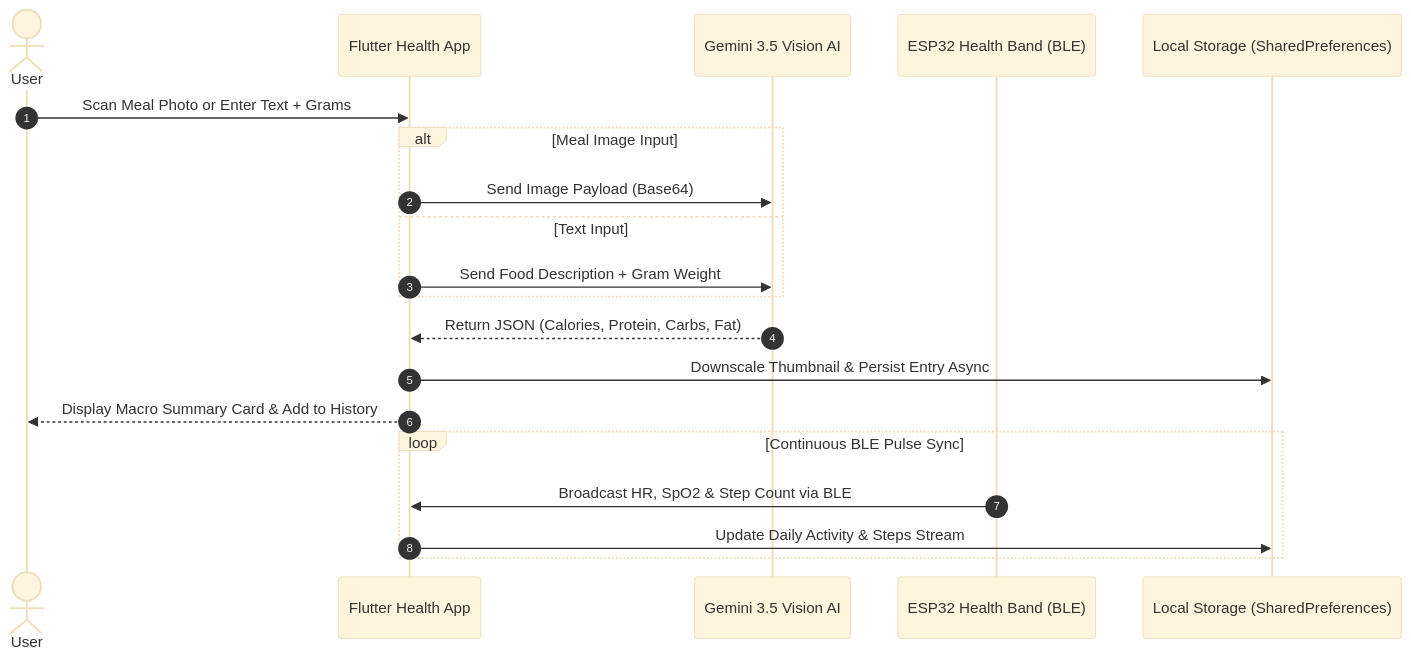
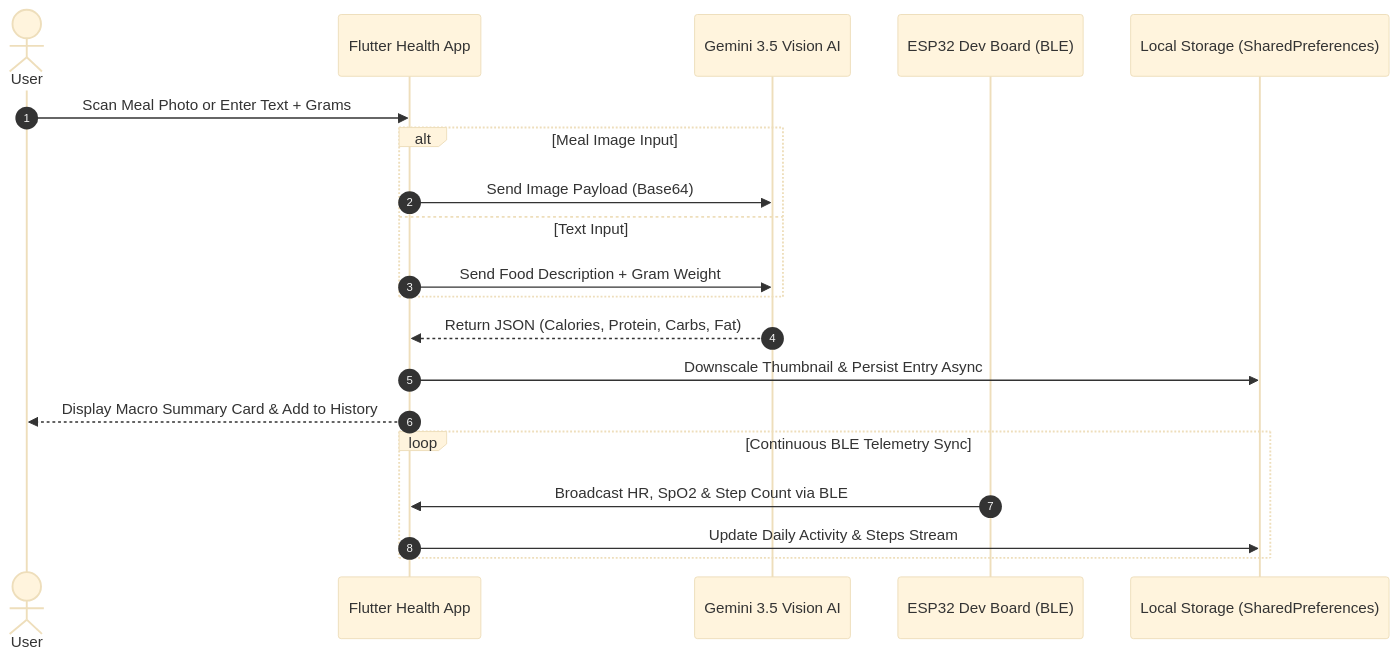
One commit to TharunLR/health-tracker- changed the diagram in README.md. Above: the diagram before and after it, drawn with Mermaid (base theme). The commit also changed other lines of this file and 1 other file, not shown here.

Commit message:
Add ESP32 Dev Board C++ Arduino firmware, pinout diagram, and MAX30102 hardware documentation

````diff
--- a/README.md
+++ b/README.md
@@ -28,24 +58,24 @@
 ```mermaid
 sequenceDiagram
     autonumber
     actor User
     participant App as Flutter Health App
     participant AI as Gemini 3.5 Vision AI
-    participant Band as ESP32 Health Band (BLE)
+    participant Band as ESP32 Dev Board (BLE)
     participant LocalStorage as Local Storage (SharedPreferences)
 
     User->>App: Scan Meal Photo or Enter Text + Grams
     alt Meal Image Input
         App->>AI: Send Image Payload (Base64)
     else Text Input
         App->>AI: Send Food Description + Gram Weight
     end
     AI-->>App: Return JSON (Calories, Protein, Carbs, Fat)
     App->>LocalStorage: Downscale Thumbnail & Persist Entry Async
     App-->>User: Display Macro Summary Card & Add to History
 
-    loop Continuous BLE Pulse Sync
+    loop Continuous BLE Telemetry Sync
         Band->>App: Broadcast HR, SpO2 & Step Count via BLE
         App->>LocalStorage: Update Daily Activity & Steps Stream
     end
 ```
````
